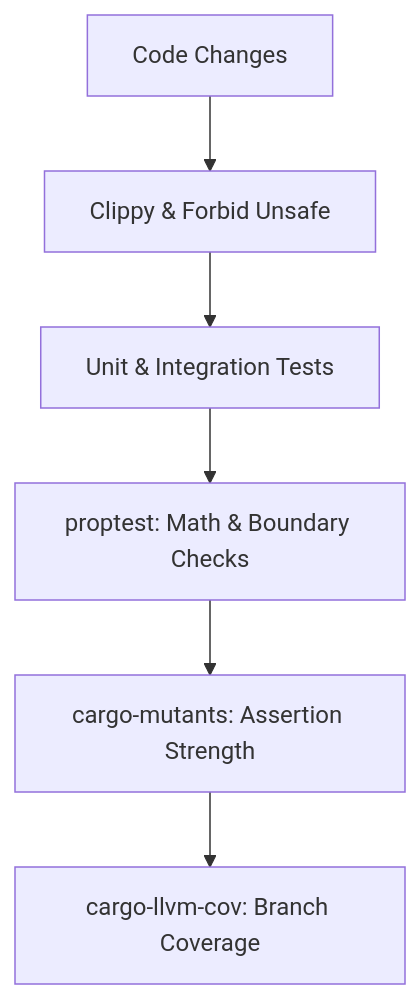
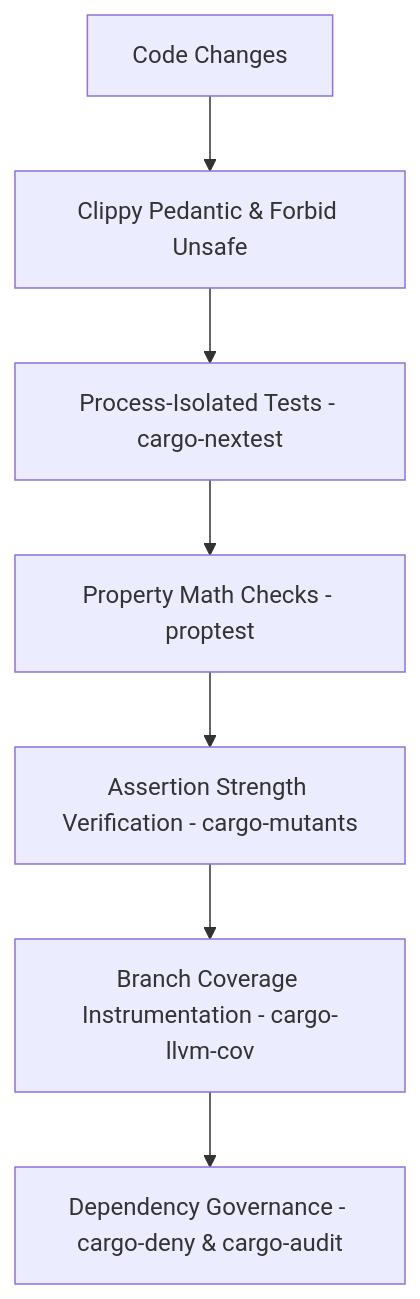
Before and after one commit to mike10010100/rust-test: the first of 2 diagrams in BEST_PRACTICES.md, drawn with Mermaid. The commit also changed other lines of this file and 12 other files, not shown here.

````diff
--- a/BEST_PRACTICES.md
+++ b/BEST_PRACTICES.md
@@ -150,8 +155,9 @@
 ```mermaid
 graph TD
-    A[Code Changes] --> B[Clippy & Forbid Unsafe]
-    B --> C[Unit & Integration Tests]
-    C --> D[proptest: Math & Boundary Checks]
-    D --> E[cargo-mutants: Assertion Strength]
-    E --> F[cargo-llvm-cov: Branch Coverage]
+    A[Code Changes] --> B[Clippy Pedantic & Forbid Unsafe]
+    B --> C[Process-Isolated Tests - cargo-nextest]
+    C --> D[Property Math Checks - proptest]
+    D --> E[Assertion Strength Verification - cargo-mutants]
+    E --> F[Branch Coverage Instrumentation - cargo-llvm-cov]
+    F --> G[Dependency Governance - cargo-deny & cargo-audit]
 ```
````
